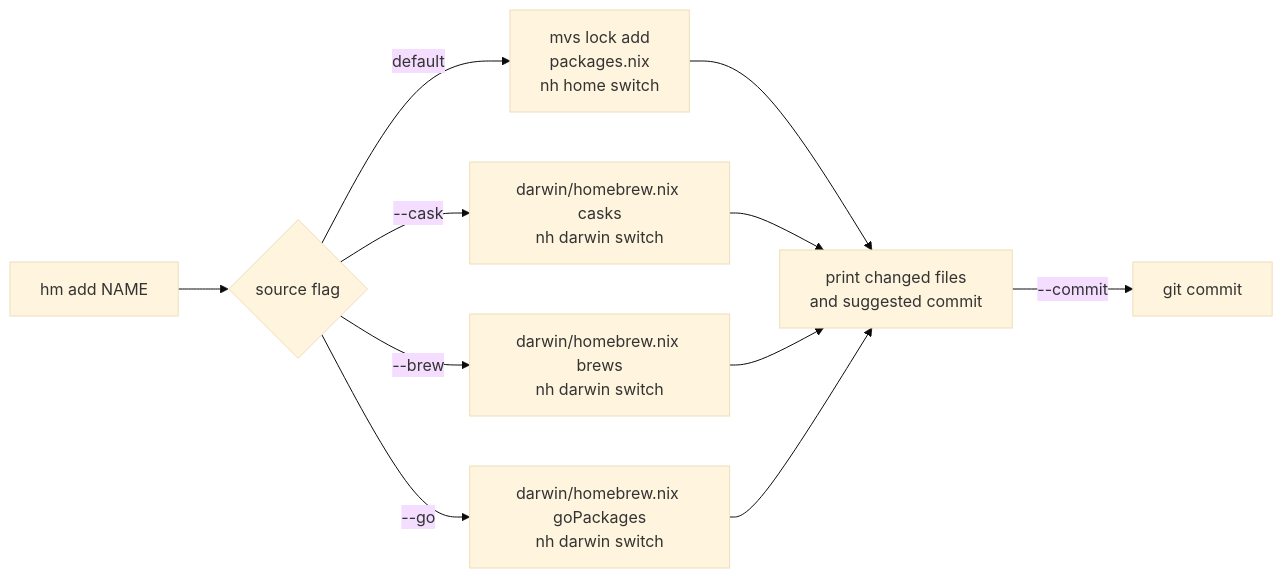
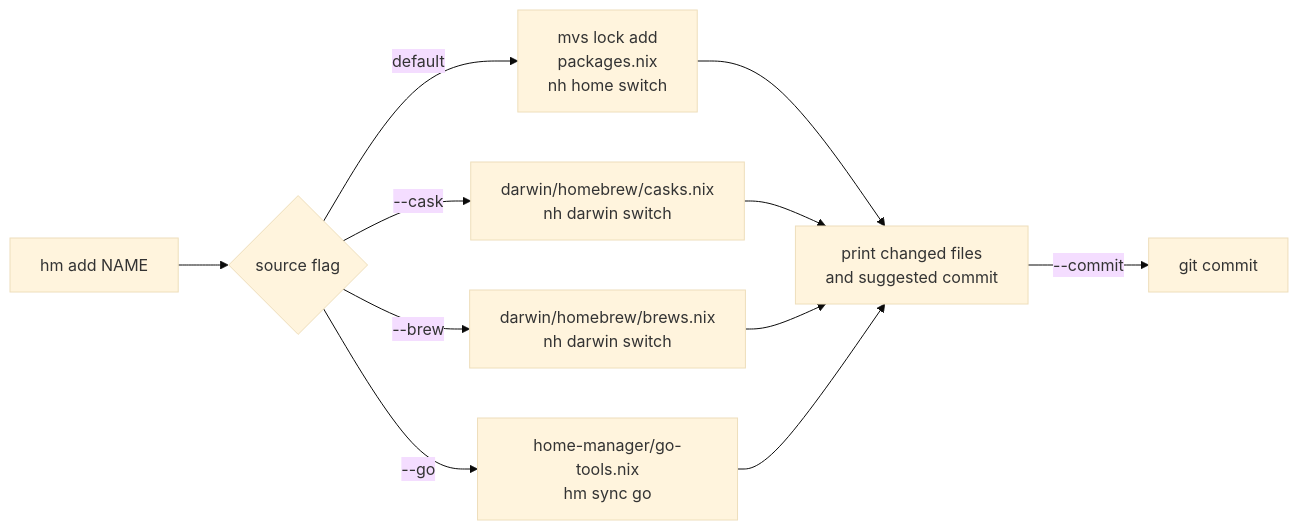
One commit to catgrep/nixos-config changed the fourth of 5 diagrams in .planning/home-manager-migration-plan.md. Above: the diagram before and after it, drawn with Mermaid (base theme). The commit also changed other lines of this file and 1 other file, not shown here.

First line of the commit message:
planning: apply the Codex review to the Home Manager plan

````diff
--- a/.planning/home-manager-migration-plan.md
+++ b/.planning/home-manager-migration-plan.md
@@ -314,13 +341,13 @@
 ```mermaid
 flowchart LR
   A["hm add NAME"] --> B{source flag}
   B -->|"default"| N["mvs lock add<br/>packages.nix<br/>nh home switch"]
-  B -->|"--cask"| C["darwin/homebrew.nix casks<br/>nh darwin switch"]
-  B -->|"--brew"| D["darwin/homebrew.nix brews<br/>nh darwin switch"]
-  B -->|"--go"| E["darwin/homebrew.nix goPackages<br/>nh darwin switch"]
+  B -->|"--cask"| C["darwin/homebrew/casks.nix<br/>nh darwin switch"]
+  B -->|"--brew"| D["darwin/homebrew/brews.nix<br/>nh darwin switch"]
+  B -->|"--go"| E["home-manager/go-tools.nix<br/>hm sync go"]
   N --> M["print changed files<br/>and suggested commit"]
   C --> M
   D --> M
   E --> M
   M -->|"--commit"| K["git commit"]
 ```
````
